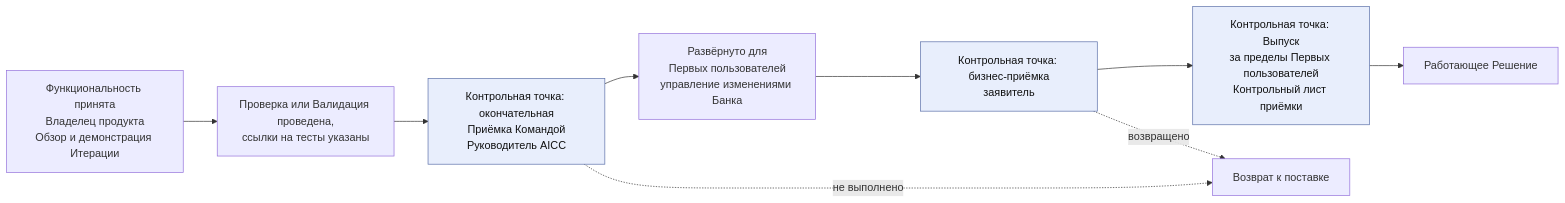
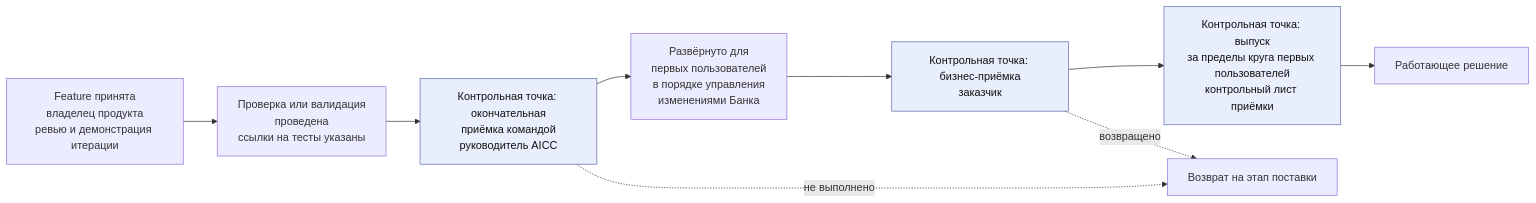
Before and after one commit to devhogu/ob-aicc: the sixth of 10 diagrams in charter/ru/workflows/service-delivery.md, drawn with Mermaid. The commit also changed other lines of this file and 7 other files, not shown here.

````diff
--- a/charter/ru/workflows/service-delivery.md
+++ b/charter/ru/workflows/service-delivery.md
@@ -157,13 +163,13 @@
 ```mermaid
 flowchart LR
-  FA["Функциональность принята<br/>Владелец продукта<br/>Обзор и демонстрация Итерации"] --> CV["Проверка или Валидация проведена,<br/>ссылки на тесты указаны"]
-  CV --> TF["Контрольная точка: окончательная<br/>Приёмка Командой<br/>Руководитель AICC"]
-  TF --> FU["Развёрнуто для<br/>Первых пользователей<br/>управление изменениями Банка"]
-  FU --> BA["Контрольная точка: бизнес-приёмка<br/>заявитель"]
-  BA --> RL["Контрольная точка: Выпуск<br/>за пределы Первых пользователей<br/>Контрольный лист приёмки"]
-  RL --> LV["Работающее Решение"]
-  TF -.->|"не выполнено"| BK["Возврат к поставке"]
+  FA["Feature принята<br/>владелец продукта<br/>ревью и демонстрация итерации"] --> CV["Проверка или валидация<br/>проведена<br/>ссылки на тесты указаны"]
+  CV --> TF["Контрольная точка: окончательная<br/>приёмка командой<br/>руководитель AICC"]
+  TF --> FU["Развёрнуто для<br/>первых пользователей<br/>в порядке управления<br/>изменениями Банка"]
+  FU --> BA["Контрольная точка: бизнес-приёмка<br/>заказчик"]
+  BA --> RL["Контрольная точка: выпуск<br/>за пределы круга первых пользователей<br/>контрольный лист приёмки"]
+  RL --> LV["Работающее решение"]
+  TF -.->|"не выполнено"| BK["Возврат на этап поставки"]
   BA -.->|"возвращено"| BK
   classDef gate fill:#e8eefc,stroke:#5a6fa8,color:#111
   class TF,BA,RL gate
 ```
````
